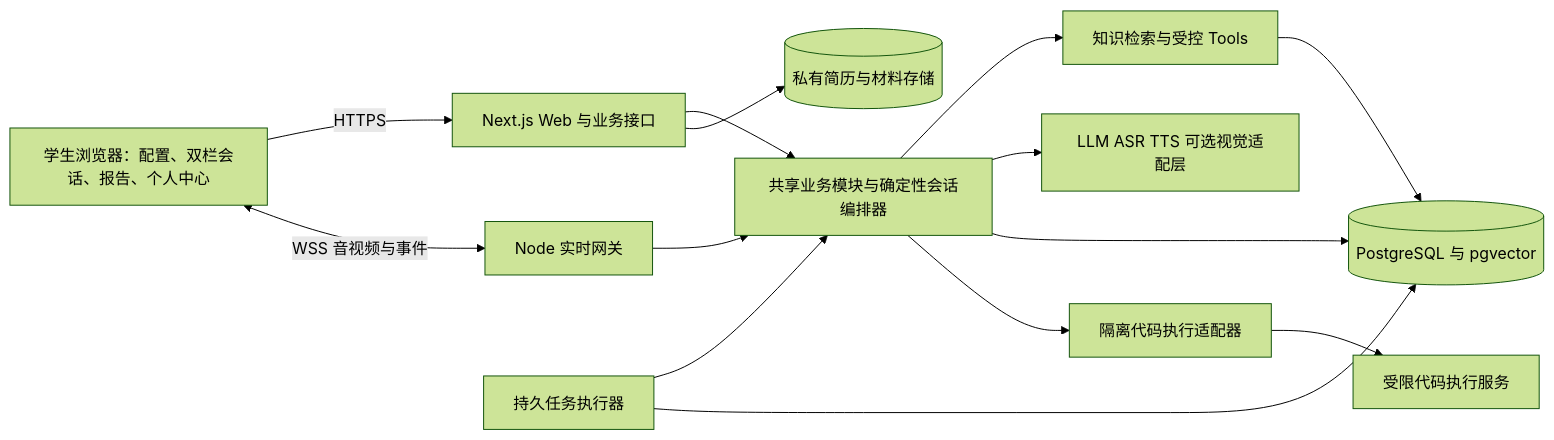
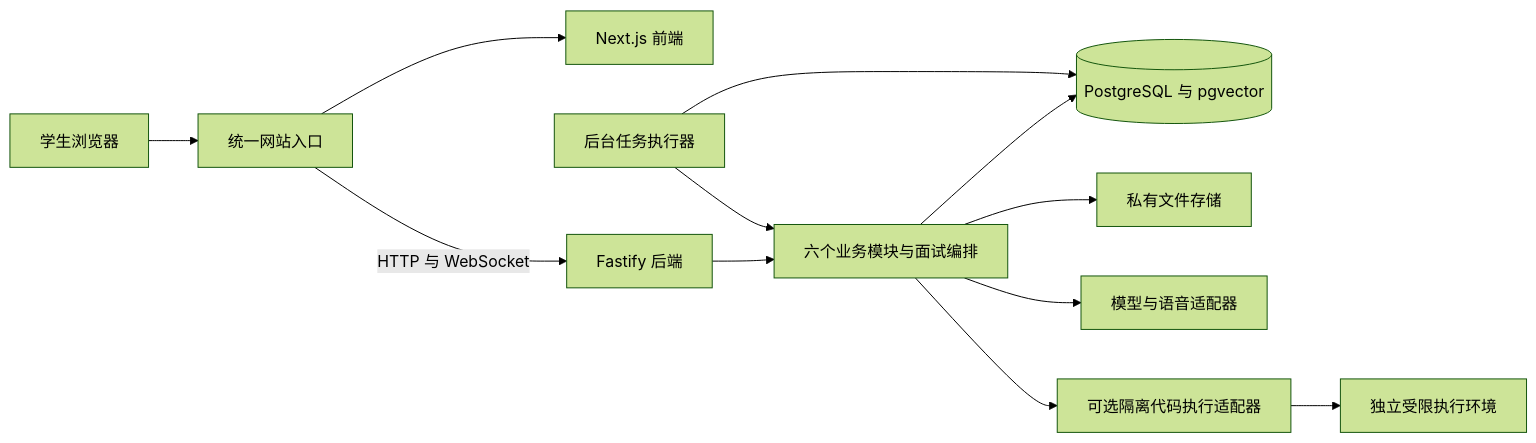
The diagram in docs/software/architecture.md (hcxlwxlwj/InterviewLab), drawn with Mermaid (forest theme) before and after one commit. The commit also changed other lines of this file and 15 other files, not shown here.

Commit message:
docs: redesign backend architecture and API contracts

````diff
--- a/docs/software/architecture.md
+++ b/docs/software/architecture.md
@@ -21,16 +15,14 @@
 ```mermaid
 flowchart LR
-    U[学生浏览器：配置、双栏会话、报告、个人中心] -->|HTTPS| W[Next.js Web 与业务接口]
-    U <-->|WSS 音视频与事件| G[Node 实时网关]
-    W --> A[共享业务模块与确定性会话编排器]
-    G --> A
-    A --> R[知识检索与受控 Tools]
-    A --> P[LLM ASR TTS 可选视觉适配层]
-    A --> D[(PostgreSQL 与 pgvector)]
-    R --> D
-    W --> F[(私有简历与材料存储)]
-    J[持久任务执行器] --> A
+    U[学生浏览器] --> E[统一网站入口]
+    E --> W[Next.js 前端]
+    E -->|HTTP 与 WebSocket| A[Fastify 后端]
+    A --> M[六个业务模块与面试编排]
+    M --> D[(PostgreSQL 与 pgvector)]
+    M --> F[私有文件存储]
+    M --> P[模型与语音适配器]
+    J[后台任务执行器] --> M
     J --> D
-    A --> C[隔离代码执行适配器]
-    C --> X[受限代码执行服务]
+    M --> C[可选隔离代码执行适配器]
+    C --> X[独立受限执行环境]
 ```
````
